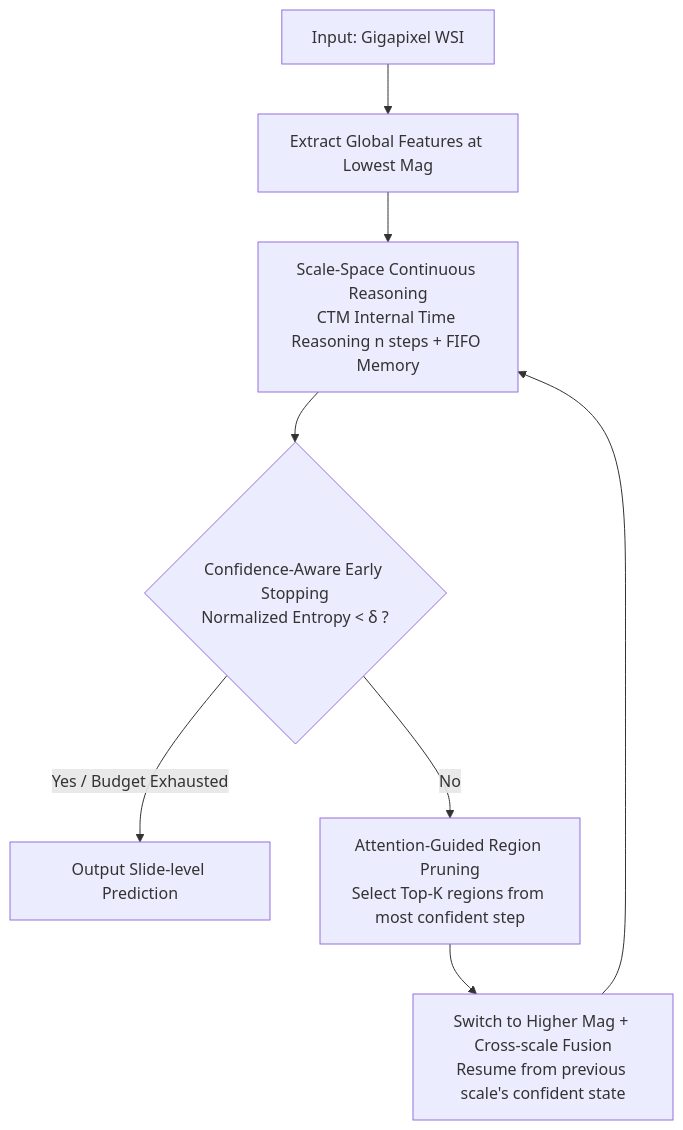
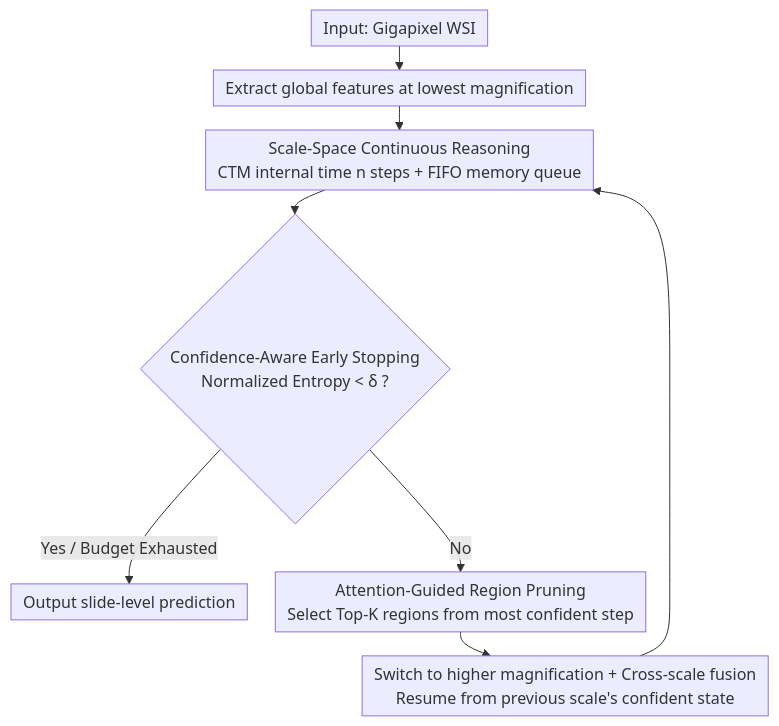
Before and after one commit to zhaoyang97/Paper-Notes-en: the diagram in docs/ICML2026/medical_imaging/thinking_in_scales_accelerating_gigapixel_pathology_image_analysis_via_adaptive_.md, drawn with Mermaid. The commit also changed other lines of this file and 5084 other files, not shown here.

````diff
--- a/docs/ICML2026/medical_imaging/thinking_in_scales_accelerating_gigapixel_pathology_image_analysis_via_adaptive_.md
+++ b/docs/ICML2026/medical_imaging/thinking_in_scales_accelerating_gigapixel_pathology_image_analysis_via_adaptive_.md
@@ -43,10 +43,11 @@
 ```mermaid
-graph TD
-    A["Input: Gigapixel WSI"] --> B["Extract Global Features at Lowest Mag"]
-    B --> C["Scale-Space Continuous Reasoning<br/>CTM Internal Time Reasoning n steps + FIFO Memory"]
+%%{init: {'flowchart': {'rankSpacing': 24, 'nodeSpacing': 28, 'padding': 6, 'wrappingWidth': 400}}}%%
+flowchart TD
+    A["Input: Gigapixel WSI"] --> B["Extract global features at lowest magnification"]
+    B --> C["Scale-Space Continuous Reasoning<br/>CTM internal time n steps + FIFO memory queue"]
     C --> D{"Confidence-Aware Early Stopping<br/>Normalized Entropy < δ ?"}
-    D -->|"Yes / Budget Exhausted"| OUT["Output Slide-level Prediction"]
+    D -->|"Yes / Budget Exhausted"| OUT["Output slide-level prediction"]
     D -->|"No"| E["Attention-Guided Region Pruning<br/>Select Top-K regions from most confident step"]
-    E --> F["Switch to Higher Mag + Cross-scale Fusion<br/>Resume from previous scale's confident state"]
+    E --> F["Switch to higher magnification + Cross-scale fusion<br/>Resume from previous scale's confident state"]
     F --> C
 ```
````
